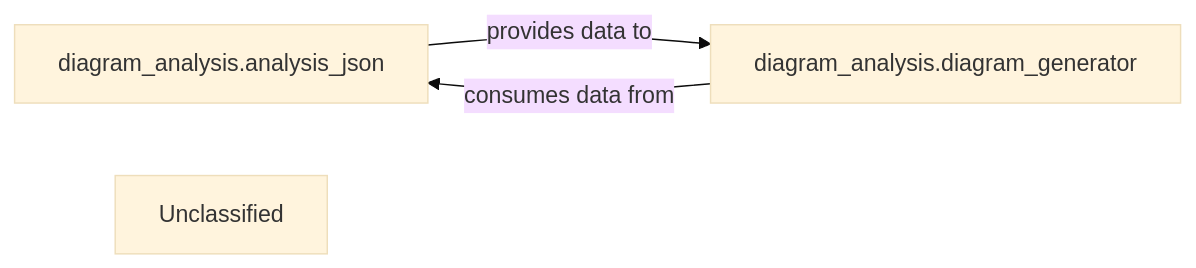
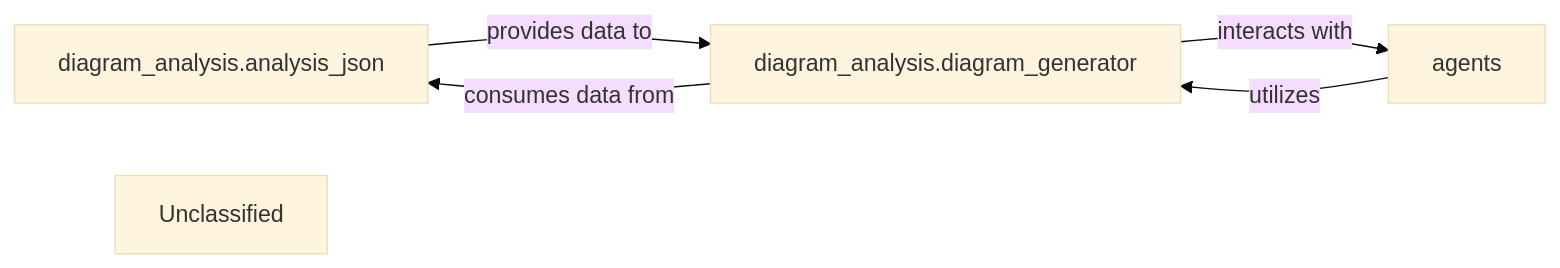
The diagram in .codeboarding/Diagram_Generation_Service.md (CodeBoarding/CodeBoarding), drawn with Mermaid (base theme) before and after one commit. The commit also changed other lines of this file and 17 other files, not shown here.

First line of the commit message:
docs: update codeboarding documentation and generate architecture

````diff
--- a/.codeboarding/Diagram_Generation_Service.md
+++ b/.codeboarding/Diagram_Generation_Service.md
@@ -1,8 +1,12 @@
 ```mermaid
 graph LR
     diagram_analysis_analysis_json["diagram_analysis.analysis_json"]
     diagram_analysis_diagram_generator["diagram_analysis.diagram_generator"]
+    agents["agents"]
+    Unclassified["Unclassified"]
     Unclassified["Unclassified"]
     diagram_analysis_analysis_json -- "provides data to" --> diagram_analysis_diagram_generator
     diagram_analysis_diagram_generator -- "consumes data from" --> diagram_analysis_analysis_json
+    diagram_analysis_diagram_generator -- "interacts with" --> agents
+    agents -- "utilizes" --> diagram_analysis_diagram_generator
 ```
````
